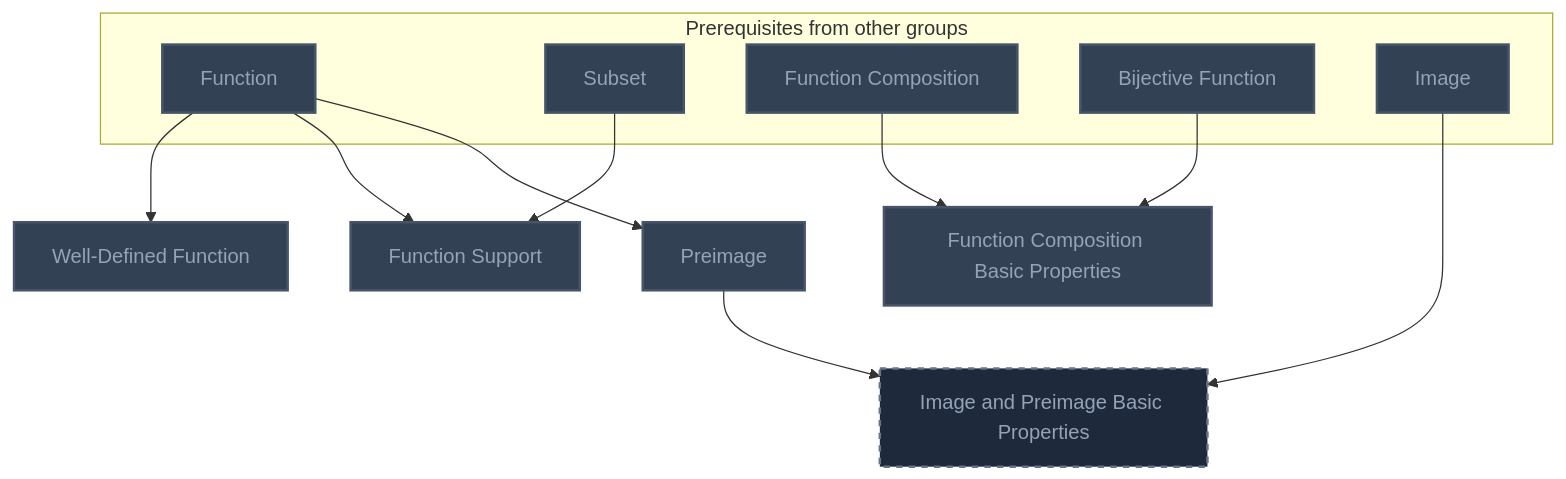
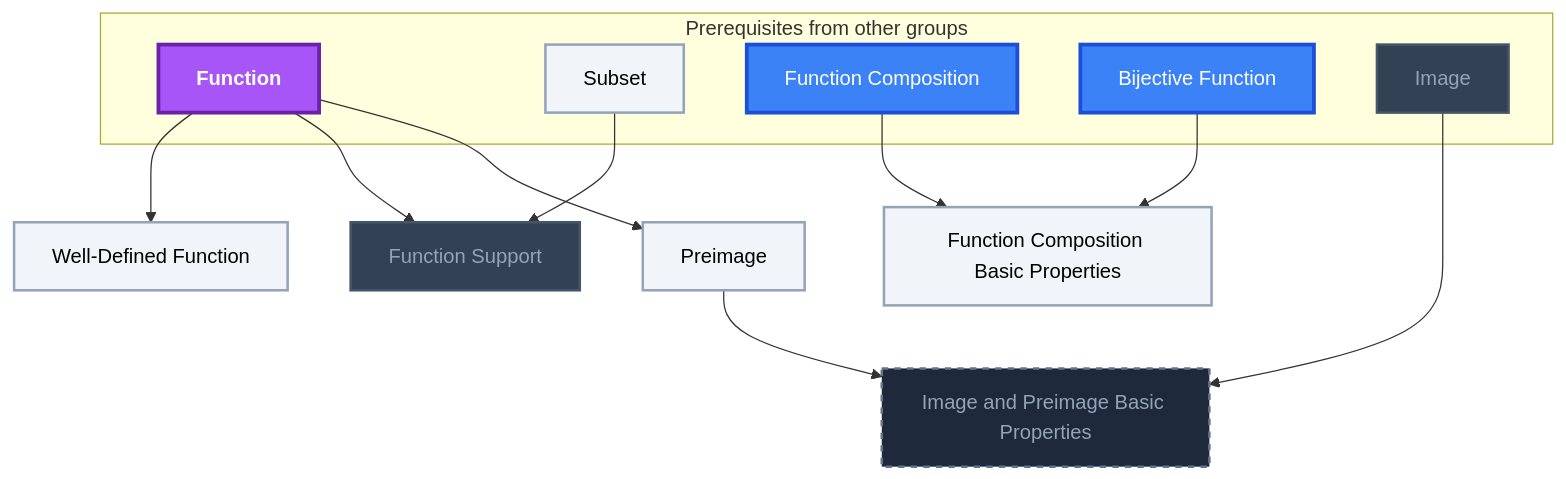
Before and after one commit to MRauf1/My-Notes: the fifth of 7 diagrams in Gamification/Skill Trees/Discrete Mathematics.md, drawn with Mermaid. The commit also changed other lines of this file and 156 other files, not shown here.

````diff
--- a/Gamification/Skill Trees/Discrete Mathematics.md
+++ b/Gamification/Skill Trees/Discrete Mathematics.md
@@ -348,35 +356,38 @@
 ```mermaid
 flowchart TD
     classDef planned fill:#1E293B,stroke:#64748B,stroke-width:2px,stroke-dasharray:5 5,color:#94A3B8;
     classDef locked fill:#334155,stroke:#475569,stroke-width:2px,color:#94A3B8;
     classDef L0 fill:#F1F5F9,stroke:#94A3B8,stroke-width:2px,color:#000000;
     classDef L1 fill:#22C55E,stroke:#15803D,stroke-width:2px,color:#000000;
     classDef L2 fill:#3B82F6,stroke:#1D4ED8,stroke-width:3px,color:#FFFFFF;
     classDef L3 fill:#A855F7,stroke:#6B21A8,stroke-width:3px,color:#FFFFFF,font-weight:bold;
     classDef L4 fill:#F97316,stroke:#C2410C,stroke-width:4px,color:#000000,font-weight:bold;
     classDef L5 fill:#FFD700,stroke:#FF8C00,stroke-width:5px,color:#000000,font-weight:bold;
     classDef rusty stroke:#8B4513,stroke-width:4px,stroke-dasharray:3 3;
     subgraph sg_prereqs["Prerequisites from other groups"]
         n_function["Function"]
         n_subset["Subset"]
         n_function_composition["Function Composition"]
         n_bijective_function["Bijective Function"]
         n_image["Image"]
     end
     n_well_defined_function["Well-Defined Function"]
     n_function_support["Function Support"]
     n_function_composition_basic_properties["Function Composition Basic Properties"]
     n_preimage["Preimage"]
     n_image_and_preimage_basic_properties["Image and Preimage Basic Properties"]
     n_function --> n_well_defined_function
     n_function --> n_function_support
     n_subset --> n_function_support
     n_function_composition --> n_function_composition_basic_properties
     n_bijective_function --> n_function_composition_basic_properties
     n_function --> n_preimage
     n_preimage --> n_image_and_preimage_basic_properties
     n_image --> n_image_and_preimage_basic_properties
     class n_image_and_preimage_basic_properties planned;
-    class n_function,n_subset,n_function_composition,n_bijective_function,n_image,n_well_defined_function,n_function_support,n_function_composition_basic_properties,n_preimage locked;
+    class n_image,n_function_support locked;
+    class n_subset,n_well_defined_function,n_function_composition_basic_properties,n_preimage L0;
+    class n_function_composition,n_bijective_function L2;
+    class n_function L3;
     class n_function,n_subset,n_function_composition,n_bijective_function,n_image,n_well_defined_function,n_function_support,n_function_composition_basic_properties,n_preimage internal-link;
 ```
````
